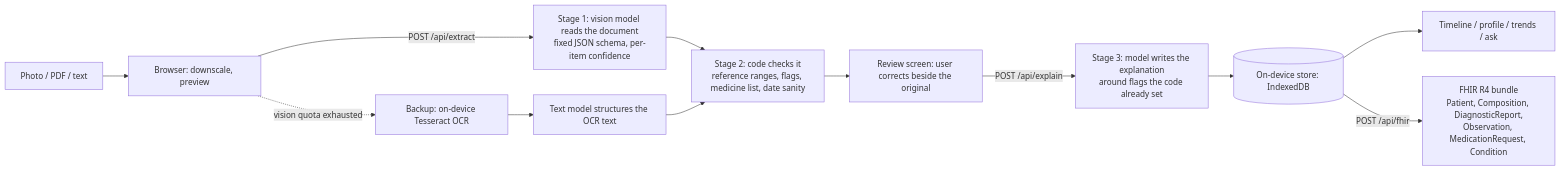
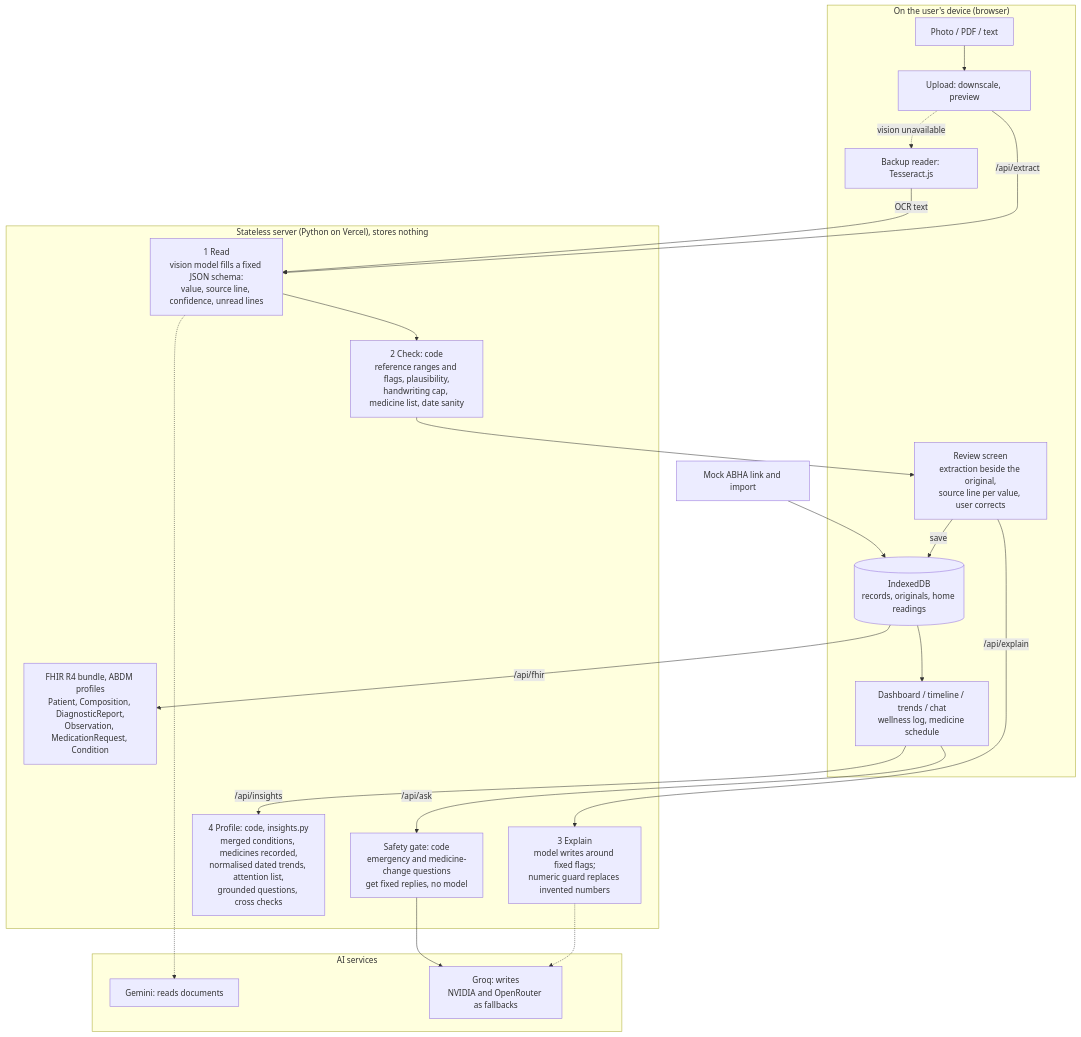
Before and after one commit to OrbitronOfficial/sehat-copilot: the diagram in README.md, drawn with Mermaid. The commit also changed other lines of this file and 6 other files, not shown here.

Commit message:
Wellness data on the server (home readings, flags, FHIR vital signs); updated architecture diagram, submission text and demo script

````diff
--- a/README.md
+++ b/README.md
@@ -22,12 +23,31 @@
 ```mermaid
-flowchart LR
-  U[Photo / PDF / text] --> B[Browser: downscale, preview]
-  B -->|POST /api/extract| R[Stage 1: vision model reads the document<br/>fixed JSON schema, per-item confidence]
-  R --> C[Stage 2: code checks it<br/>reference ranges, flags, medicine list, date sanity]
-  C --> V[Review screen: user corrects beside the original]
-  V -->|POST /api/explain| W[Stage 3: model writes the explanation<br/>around flags the code already set]
-  W --> S[(On-device store: IndexedDB)]
-  S --> T[Timeline / profile / trends / ask]
-  S -->|POST /api/fhir| F[FHIR R4 bundle<br/>Patient, Composition, DiagnosticReport,<br/>Observation, MedicationRequest, Condition]
-  B -.vision quota exhausted.-> O[Backup: on-device Tesseract OCR] --> R2[Text model structures the OCR text] --> C
+flowchart TB
+  subgraph Device["On the user's device (browser)"]
+    U[Photo / PDF / text] --> B[Upload: downscale, preview]
+    V[Review screen<br/>extraction beside the original,<br/>source line per value, user corrects]
+    S[(IndexedDB<br/>records, originals, home readings)]
+    D[Dashboard / timeline / trends / chat<br/>wellness log, medicine schedule]
+    O[Backup reader: Tesseract.js]
+  end
+  subgraph Server["Stateless server (Python on Vercel), stores nothing"]
+    R[1 Read<br/>vision model fills a fixed JSON schema:<br/>value, source line, confidence, unread lines]
+    C[2 Check: code<br/>reference ranges and flags, plausibility,<br/>handwriting cap, medicine list, date sanity]
+    W[3 Explain<br/>model writes around fixed flags;<br/>numeric guard replaces invented numbers]
+    P[4 Profile: code, insights.py<br/>merged conditions, medicines recorded,<br/>normalised dated trends, attention list,<br/>grounded questions, cross checks]
+    G[Safety gate: code<br/>emergency and medicine-change questions<br/>get fixed replies, no model]
+    F[FHIR R4 bundle, ABDM profiles<br/>Patient, Composition, DiagnosticReport,<br/>Observation, MedicationRequest, Condition]
+  end
+  subgraph AI["AI services"]
+    GEM[Gemini: reads documents]
+    GRQ[Groq: writes<br/>NVIDIA and OpenRouter as fallbacks]
+  end
+  B -->|/api/extract| R --> C --> V -->|save| S
+  R -.-> GEM
+  B -.vision unavailable.-> O -->|OCR text| R
+  V -->|/api/explain| W -.-> GRQ
+  S --> D
+  D -->|/api/insights| P
+  D -->|/api/ask| G --> GRQ
+  S -->|/api/fhir| F
+  A[Mock ABHA link and import] --> S
 ```
````
